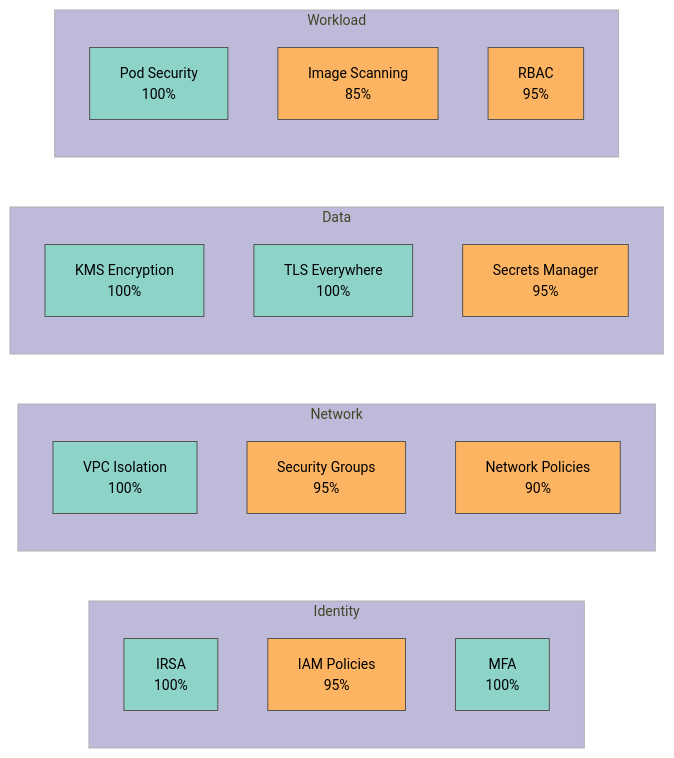
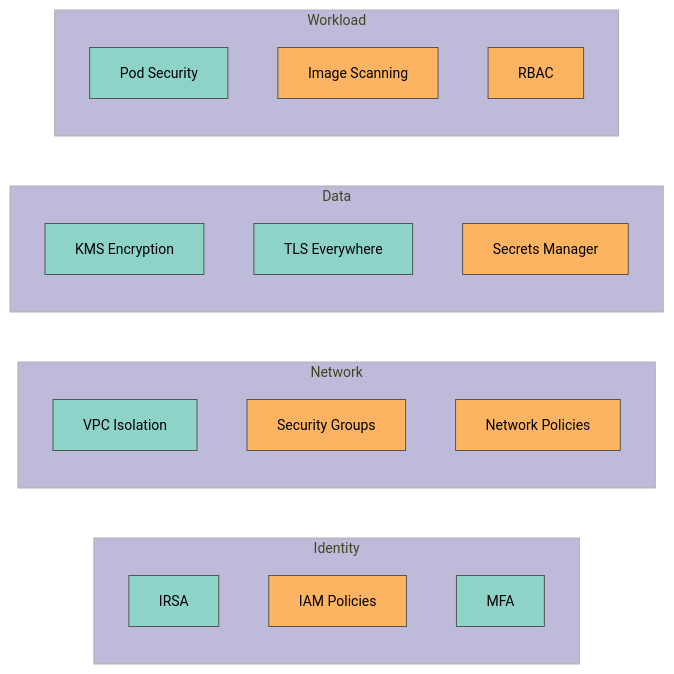
Before and after one commit to vishnu2kmohan/mcp-server-langgraph: the diagram in docs/security/aws-security-hardening.mdx, drawn with Mermaid. The commit also changed 93 other files, not shown here.

First line of the commit message:
docs: fix MDX syntax errors, broken links, and Mermaid diagram issues

````diff
--- a/docs/security/aws-security-hardening.mdx
+++ b/docs/security/aws-security-hardening.mdx
@@ -30,34 +30,34 @@
 ```mermaid
 %%{init: {'theme':'base', 'themeVariables': { 'fontSize':'14px', 'primaryColor':'#8dd3c7','primaryTextColor':'#000','primaryBorderColor':'#555','lineColor':'#fb8072','secondaryColor':'#fdb462','tertiaryColor':'#bebada'}}}%%
 flowchart LR
     subgraph "Identity"
-        IRSA[IRSA<br/>100%]
-        IAM[IAM Policies<br/>95%]
-        MFA[MFA<br/>100%]
+        IRSA[IRSA<br/&gt;100%]
+        IAM[IAM Policies<br/&gt;95%]
+        MFA[MFA<br/&gt;100%]
     end
 
     subgraph "Network"
-        VPC[VPC Isolation<br/>100%]
-        SG[Security Groups<br/>95%]
-        NP[Network Policies<br/>90%]
+        VPC[VPC Isolation<br/&gt;100%]
+        SG[Security Groups<br/&gt;95%]
+        NP[Network Policies<br/&gt;90%]
     end
 
     subgraph "Data"
-        KMS[KMS Encryption<br/>100%]
-        TLS[TLS Everywhere<br/>100%]
-        SM[Secrets Manager<br/>95%]
+        KMS[KMS Encryption<br/&gt;100%]
+        TLS[TLS Everywhere<br/&gt;100%]
+        SM[Secrets Manager<br/&gt;95%]
     end
 
     subgraph "Workload"
-        PSS[Pod Security<br/>100%]
-        Scan[Image Scanning<br/>85%]
-        RBAC[RBAC<br/>95%]
+        PSS[Pod Security<br/&gt;100%]
+        Scan[Image Scanning<br/&gt;85%]
+        RBAC[RBAC<br/&gt;95%]
     end
 
     classDef excellent fill:#8dd3c7,stroke:#555,color:#000
     classDef good fill:#fdb462,stroke:#555,color:#000
 
     class IRSA,MFA,VPC,KMS,TLS,PSS excellent
     class IAM,SG,SM,RBAC good
     class NP,Scan good
 ```
````
